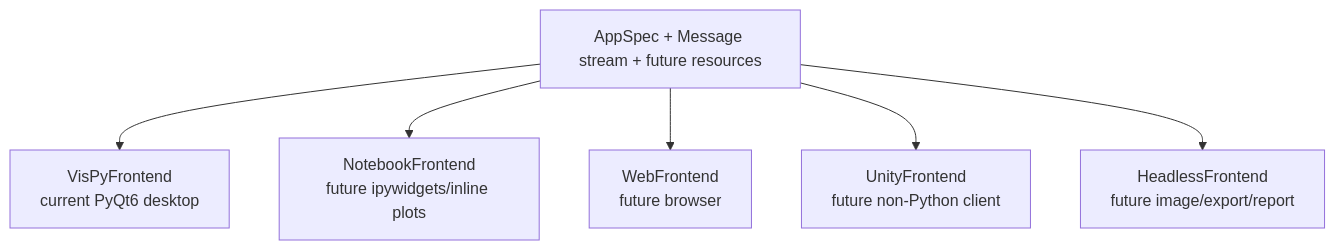
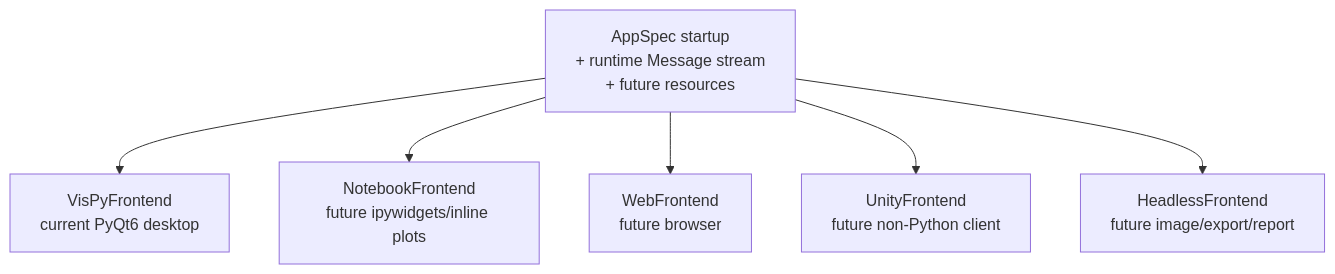
Diagram 16 of 21 in docs/architecture/design/proposals/backend-transport-frontend-proposal.md (orrenravid1/CompartmentalNeuronGUI), drawn with Mermaid before and after one commit. The commit also changed other lines of this file and 31 other files, not shown here.

````diff
--- a/docs/architecture/design/proposals/backend-transport-frontend-proposal.md
+++ b/docs/architecture/design/proposals/backend-transport-frontend-proposal.md
@@ -1326,15 +1472,15 @@
 ```mermaid
 flowchart TD
-    AppInput[AppSpec + Message stream + future resources]
+    AppInput[AppSpec startup<br/>+ runtime Message stream<br/>+ future resources]
     VisPy[VisPyFrontend<br/>current PyQt6 desktop]
     Notebook[NotebookFrontend<br/>future ipywidgets/inline plots]
     Web[WebFrontend<br/>future browser]
     Unity[UnityFrontend<br/>future non-Python client]
     Headless[HeadlessFrontend<br/>future image/export/report]
 
     AppInput --> VisPy
     AppInput --> Notebook
     AppInput --> Web
     AppInput --> Unity
     AppInput --> Headless
 ```
````
